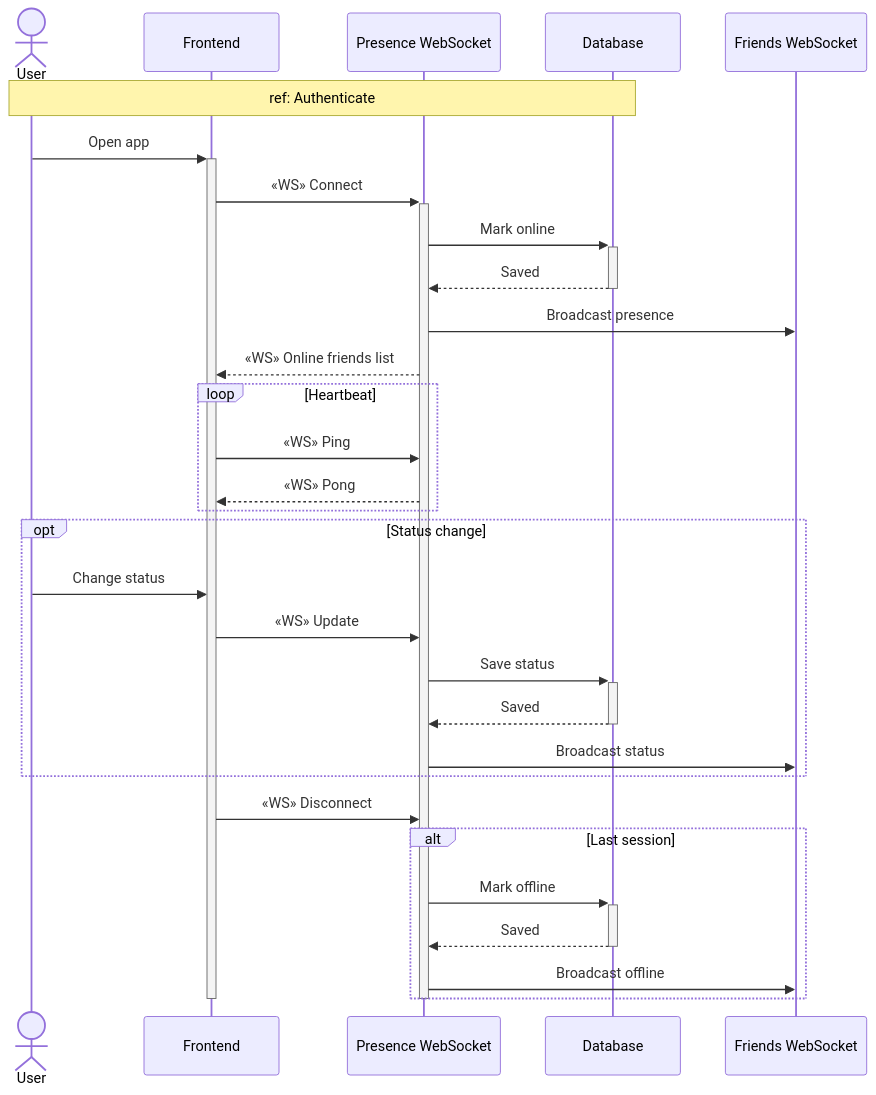
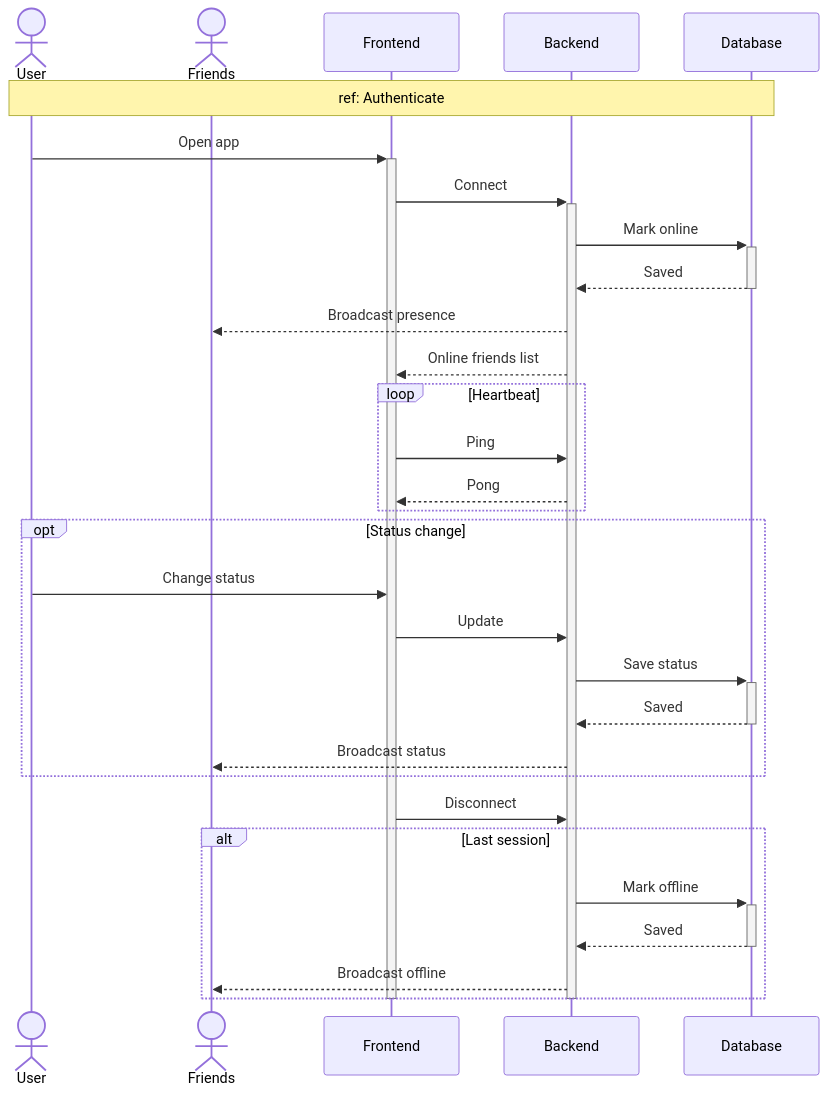
One commit to MohamedChebbi123/teamnest changed diagram 16 of 16 in docs/SEQUENCE_DIAGRAMS.md. Above: the diagram before and after it, drawn with Mermaid. The commit also changed other lines of this file, not shown here.

````diff
--- a/docs/SEQUENCE_DIAGRAMS.md
+++ b/docs/SEQUENCE_DIAGRAMS.md
@@ -548,39 +546,39 @@
 ```mermaid
 sequenceDiagram
     actor User
+    actor Friends
     participant FE as Frontend
-    participant WS as Presence WebSocket
+    participant API as Backend
     participant DB as Database
-    participant Friends as Friends WebSocket
 
     Note over User,DB: ref: Authenticate
 
     User->>+FE: Open app
-    FE->>+WS: «WS» Connect
-    WS->>+DB: Mark online
-    DB-->>-WS: Saved
-    WS->>Friends: Broadcast presence
-    WS-->>FE: «WS» Online friends list
+    FE->>+API: Connect
+    API->>+DB: Mark online
+    DB-->>-API: Saved
+    API-->>Friends: Broadcast presence
+    API-->>FE: Online friends list
 
     loop Heartbeat
-        FE->>WS: «WS» Ping
-        WS-->>FE: «WS» Pong
+        FE->>API: Ping
+        API-->>FE: Pong
     end
 
     opt Status change
         User->>FE: Change status
-        FE->>WS: «WS» Update
-        WS->>+DB: Save status
-        DB-->>-WS: Saved
-        WS->>Friends: Broadcast status
+        FE->>API: Update
+        API->>+DB: Save status
+        DB-->>-API: Saved
+        API-->>Friends: Broadcast status
     end
 
-    FE->>WS: «WS» Disconnect
+    FE->>API: Disconnect
     alt Last session
-        WS->>+DB: Mark offline
-        DB-->>-WS: Saved
-        WS->>Friends: Broadcast offline
+        API->>+DB: Mark offline
+        DB-->>-API: Saved
+        API-->>Friends: Broadcast offline
     end
-    deactivate WS
+    deactivate API
     deactivate FE
 ```
````
